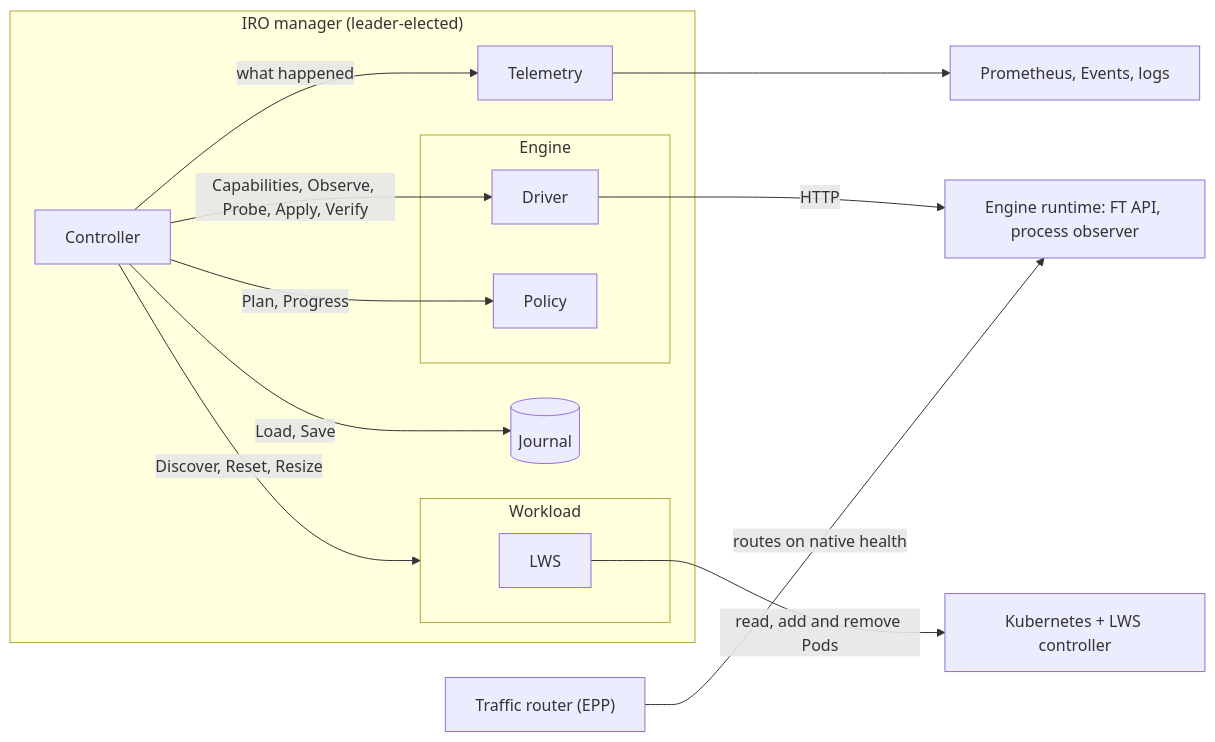
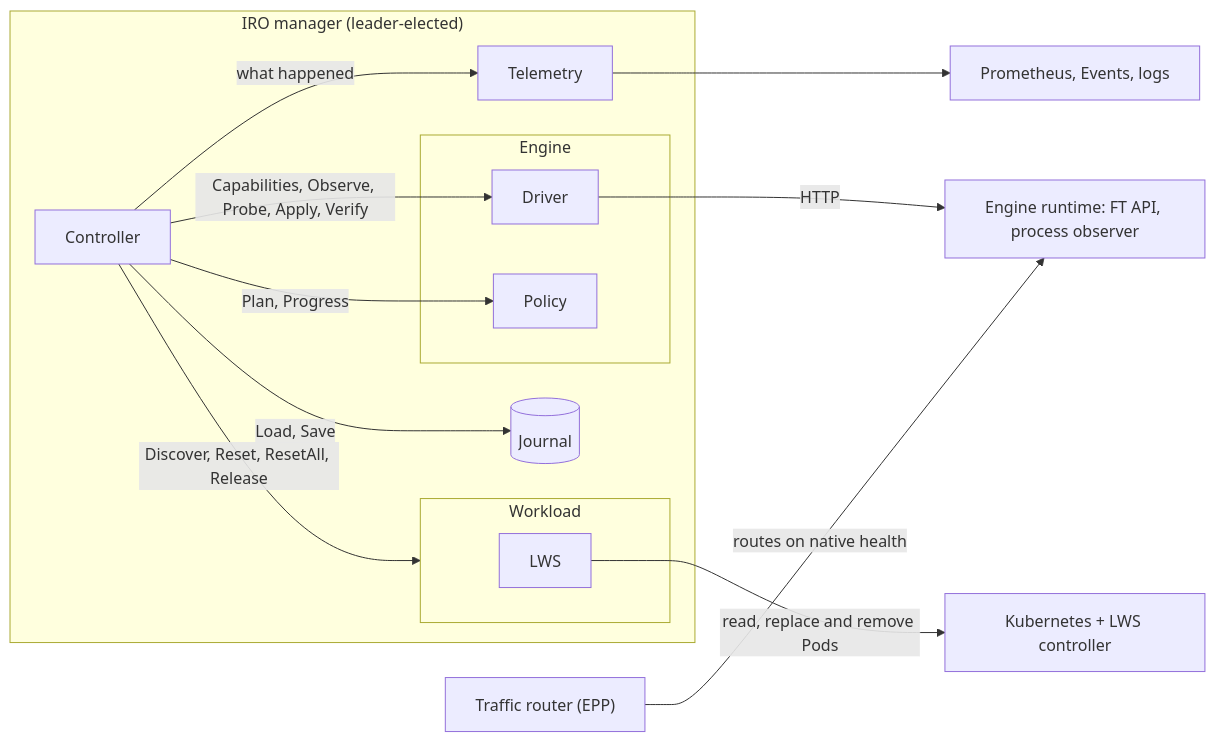
One commit to Etelis/llm-d-resiliency-operator changed the first of 3 diagrams in docs/design/contracts/README.md. Above: the diagram before and after it, drawn with Mermaid. The commit also changed other lines of this file and 7 other files, not shown here.

````diff
--- a/docs/design/contracts/README.md
+++ b/docs/design/contracts/README.md
@@ -22,29 +21,29 @@
 ```mermaid
 flowchart LR
   subgraph IRO["IRO manager (leader-elected)"]
     C[Controller]
     J[(Journal)]
     T[Telemetry]
     subgraph W[Workload]
       LWS[LWS]
     end
     subgraph E[Engine]
       D[Driver]
       P[Policy]
     end
   end
   K8S["Kubernetes + LWS controller"]
   RT["Engine runtime: FT API, process observer"]
   EPP["Traffic router (EPP)"]
   OBS["Prometheus, Events, logs"]
 
   C -->|Load, Save| J
   C -->|what happened| T
   T --> OBS
-  C -->|Discover, Reset, Resize| W
+  C -->|Discover, Reset, ResetAll, Release| W
   C -->|Capabilities, Observe, Probe, Apply, Verify| D
   C -->|Plan, Progress| P
-  LWS -->|read, add and remove Pods| K8S
+  LWS -->|read, replace and remove Pods| K8S
   D -->|HTTP| RT
   EPP -->|routes on native health| RT
 ```
````
